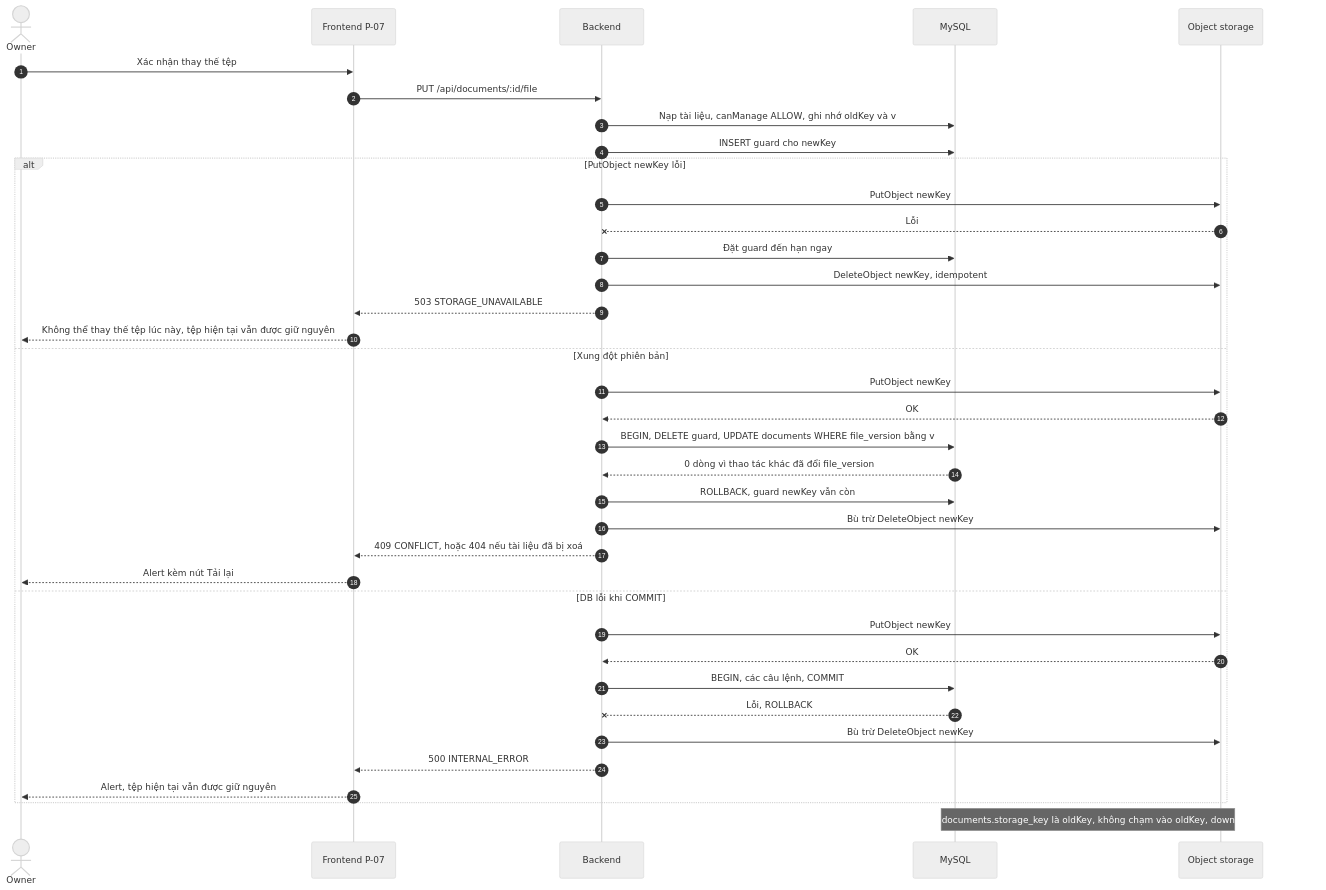
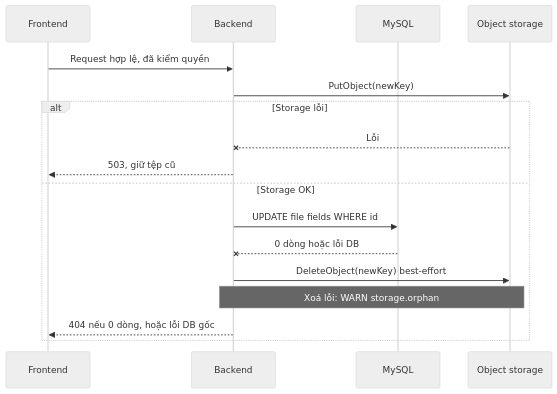
Before and after one commit to august0362/btl_cloud: diagram 37 of 38 in docs/ARCHITECTURE.md, drawn with Mermaid (neutral theme). The commit also changed other lines of this file and 1 other file, not shown here.

````diff
--- a/docs/ARCHITECTURE.md
+++ b/docs/ARCHITECTURE.md
@@ -2377,39 +2183,19 @@
 ```mermaid
 sequenceDiagram
-  autonumber
-  actor U as Owner
-  participant FE as Frontend P-07
+  participant FE as Frontend
   participant BE as Backend
   participant DB as MySQL
   participant OS as Object storage
-  U->>FE: Xác nhận thay thế tệp
-  FE->>BE: PUT /api/documents/:id/file
-  BE->>DB: Nạp tài liệu, canManage ALLOW, ghi nhớ oldKey và v
-  BE->>DB: INSERT guard cho newKey
-  alt PutObject newKey lỗi
-    BE->>OS: PutObject newKey
+  FE->>BE: Request hợp lệ, đã kiểm quyền
+  BE->>OS: PutObject(newKey)
+  alt Storage lỗi
     OS--xBE: Lỗi
-    BE->>DB: Đặt guard đến hạn ngay
-    BE->>OS: DeleteObject newKey, idempotent
-    BE-->>FE: 503 STORAGE_UNAVAILABLE
-    FE-->>U: Không thể thay thế tệp lúc này, tệp hiện tại vẫn được giữ nguyên
-  else Xung đột phiên bản
-    BE->>OS: PutObject newKey
-    OS-->>BE: OK
-    BE->>DB: BEGIN, DELETE guard, UPDATE documents WHERE file_version bằng v
-    DB-->>BE: 0 dòng vì thao tác khác đã đổi file_version
-    BE->>DB: ROLLBACK, guard newKey vẫn còn
-    BE->>OS: Bù trừ DeleteObject newKey
-    BE-->>FE: 409 CONFLICT, hoặc 404 nếu tài liệu đã bị xoá
-    FE-->>U: Alert kèm nút Tải lại
-  else DB lỗi khi COMMIT
-    BE->>OS: PutObject newKey
-    OS-->>BE: OK
-    BE->>DB: BEGIN, các câu lệnh, COMMIT
-    DB--xBE: Lỗi, ROLLBACK
-    BE->>OS: Bù trừ DeleteObject newKey
-    BE-->>FE: 500 INTERNAL_ERROR
-    FE-->>U: Alert, tệp hiện tại vẫn được giữ nguyên
+    BE-->>FE: 503, giữ tệp cũ
+  else Storage OK
+    BE->>DB: UPDATE file fields WHERE id
+    DB--xBE: 0 dòng hoặc lỗi DB
+    BE->>OS: DeleteObject(newKey) best-effort
+    Note over BE,OS: Xoá lỗi: WARN storage.orphan
+    BE-->>FE: 404 nếu 0 dòng, hoặc lỗi DB gốc
   end
-  Note over DB,OS: Mọi nhánh đều giữ documents.storage_key là oldKey, không chạm vào oldKey, download vẫn trả tệp cũ
 ```
````
